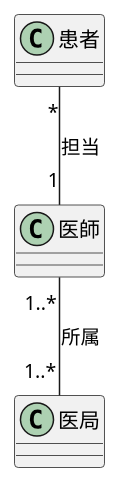
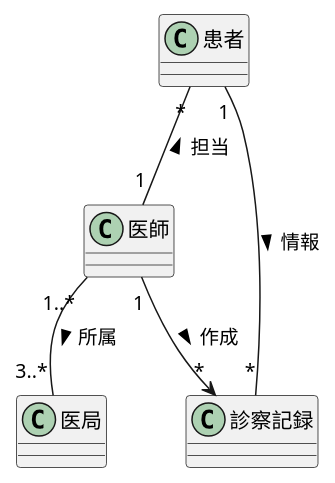
Before and after one commit to eumura123/uml-introduction: the diagram in 演習3-2_CL_医師と患者と医局と診療記録.pu, drawn with PlantUML. The commit also changed 4 other files, not shown here.

```diff
--- a/演習3-2_CL_医師と患者と医局と診療記録.pu
+++ b/演習3-2_CL_医師と患者と医局と診療記録.pu
@@ -1,7 +1,10 @@
 @startuml  
 class 医師
 class 患者
 class 医局
-患者"*" -- "1"医師:担当
-医師"1..*" -- "1..*"医局:所属
+class 診察記録
+患者"*" -- "1"医師:担当 <
+医師"1..*" -- "3..*"医局:所属 >
+医師"1" --> "*"診察記録:作成 >
+患者"1" -- "*"診察記録:情報 >
 @enduml
```
